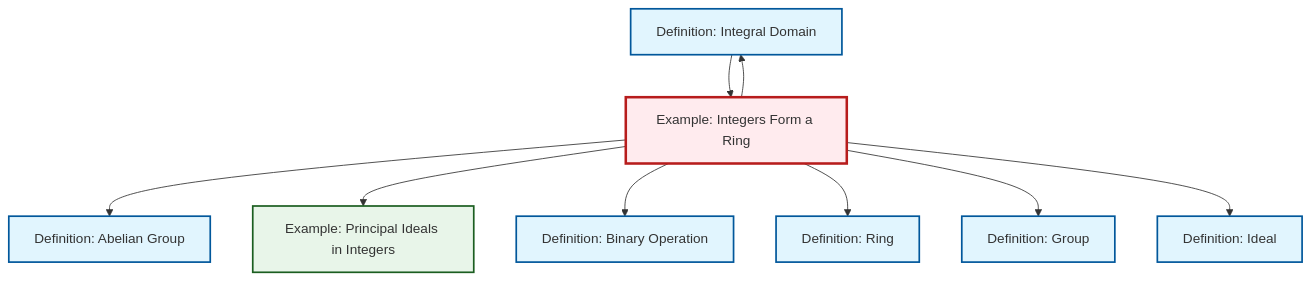
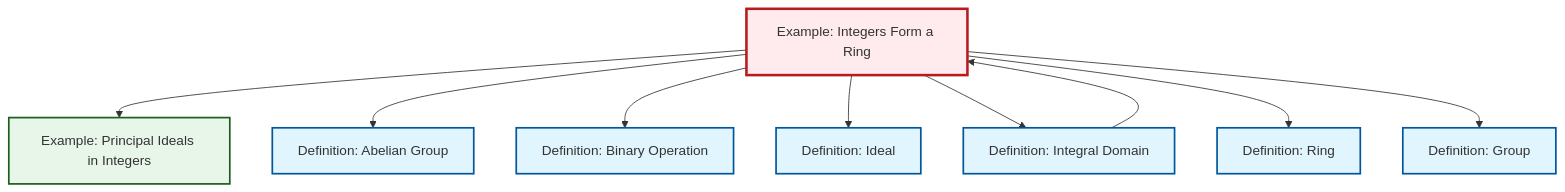
The diagram in content/en/algebra/ex-integers-ring.qmd (RK0429/ModernMath), drawn with Mermaid before and after one commit. The commit also changed other lines of this file and 1069 other files, not shown here.

````diff
--- a/content/en/algebra/ex-integers-ring.qmd
+++ b/content/en/algebra/ex-integers-ring.qmd
@@ -65,33 +65,33 @@
 ```{mermaid}
 %%| fig-cap: "Local dependency graph"
 graph TD
     classDef definition fill:#e1f5fe,stroke:#01579b,stroke-width:2px
     classDef theorem fill:#f3e5f5,stroke:#4a148c,stroke-width:2px
     classDef axiom fill:#fff3e0,stroke:#e65100,stroke-width:2px
     classDef example fill:#e8f5e9,stroke:#1b5e20,stroke-width:2px
     classDef current fill:#ffebee,stroke:#b71c1c,stroke-width:3px
-    def-group["Definition: Group"]:::definition
-    def-ring["Definition: Ring"]:::definition
+    ex-integers-ring["Example: Integers Form a Ring"]:::example
     def-ideal["Definition: Ideal"]:::definition
     def-binary-operation["Definition: Binary Operation"]:::definition
     def-integral-domain["Definition: Integral Domain"]:::definition
+    def-ring["Definition: Ring"]:::definition
+    ex-principal-ideal["Example: Principal Ideals in Integers"]:::example
     def-abelian-group["Definition: Abelian Group"]:::definition
-    ex-principal-ideal["Example: Principal Ideals in Integers"]:::example
-    ex-integers-ring["Example: Integers Form a Ring"]:::example
+    def-group["Definition: Group"]:::definition
+    ex-integers-ring --> ex-principal-ideal
     ex-integers-ring --> def-abelian-group
+    ex-integers-ring --> def-binary-operation
+    ex-integers-ring --> def-ideal
+    ex-integers-ring --> def-integral-domain
     def-integral-domain --> ex-integers-ring
-    ex-integers-ring --> def-integral-domain
-    ex-integers-ring --> ex-principal-ideal
-    ex-integers-ring --> def-binary-operation
     ex-integers-ring --> def-ring
     ex-integers-ring --> def-group
-    ex-integers-ring --> def-ideal
     class ex-integers-ring current
-    click def-group "def-group.html" "Go to Group definition"
-    click def-ring "def-ring.html" "Go to Ring definition"
     click def-ideal "def-ideal.html" "Go to Ideal definition"
     click def-binary-operation "def-binary-operation.html" "Go to Binary Operation definition"
     click def-integral-domain "def-integral-domain.html" "Go to Integral Domain definition"
+    click def-ring "def-ring.html" "Go to Ring definition"
+    click ex-principal-ideal "ex-principal-ideal.html" "Go to Principal Ideals in Integers example"
     click def-abelian-group "def-abelian-group.html" "Go to Abelian Group definition"
-    click ex-principal-ideal "ex-principal-ideal.html" "Go to Principal Ideals in Integers example"
+    click def-group "def-group.html" "Go to Group definition"
 ```
````
